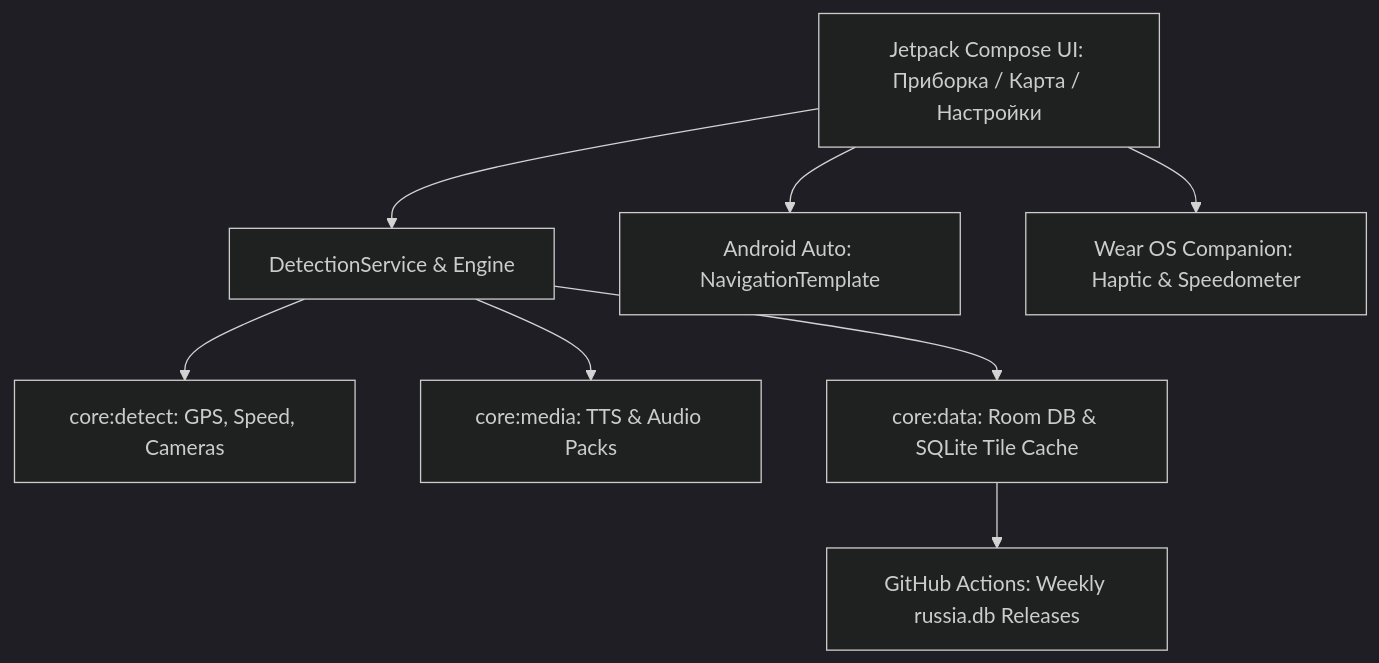
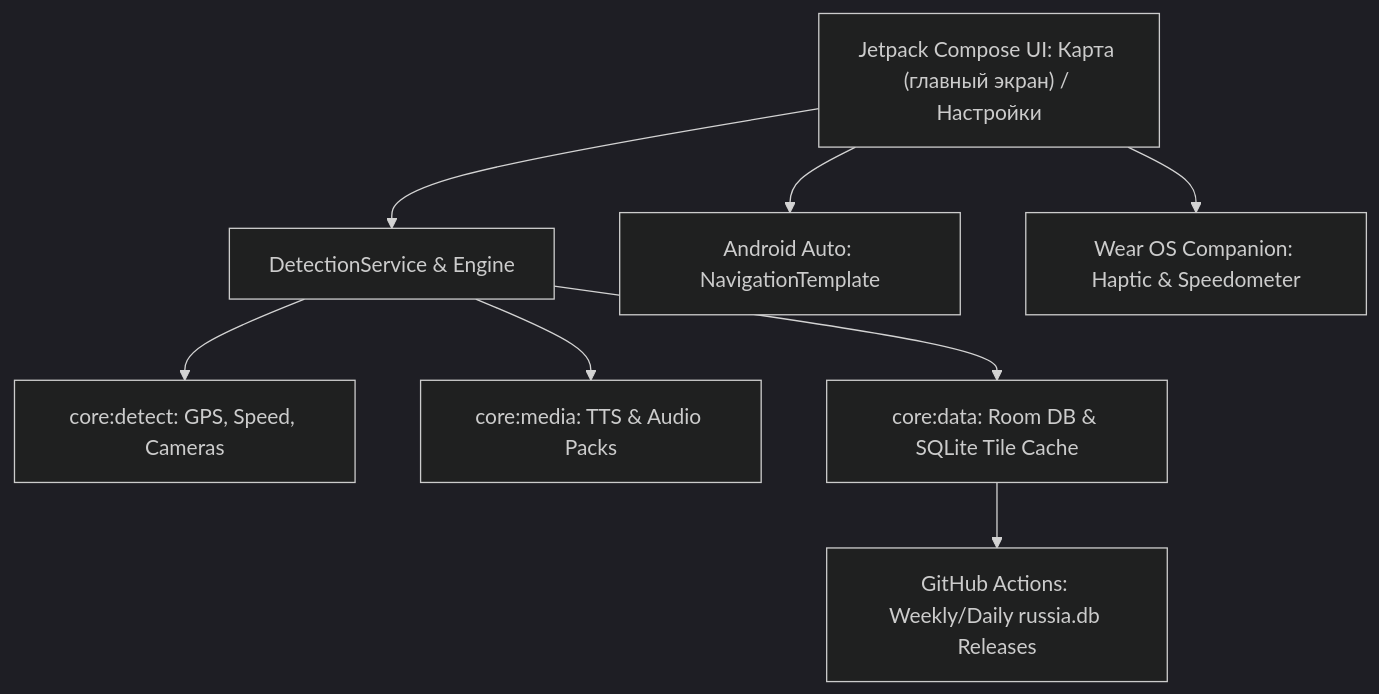
The diagram in plan.md (Mishakorobov/speedcam), drawn with Mermaid (dark theme) before and after one commit. The commit also changed other lines of this file and 13 other files, not shown here.

````diff
--- a/plan.md
+++ b/plan.md
@@ -16,10 +16,10 @@
 ```mermaid
 graph TD
-    UI["Jetpack Compose UI: Приборка / Карта / Настройки"] --> Service["DetectionService & Engine"]
+    UI["Jetpack Compose UI: Карта (главный экран) / Настройки"] --> Service["DetectionService & Engine"]
     Service --> Detect["core:detect: GPS, Speed, Cameras"]
     Service --> Media["core:media: TTS & Audio Packs"]
     Service --> DB["core:data: Room DB & SQLite Tile Cache"]
-    DB --> GitHub["GitHub Actions: Weekly russia.db Releases"]
+    DB --> GitHub["GitHub Actions: Weekly/Daily russia.db Releases"]
     UI --> Auto["Android Auto: NavigationTemplate"]
     UI --> Wear["Wear OS Companion: Haptic & Speedometer"]
 ```
````
